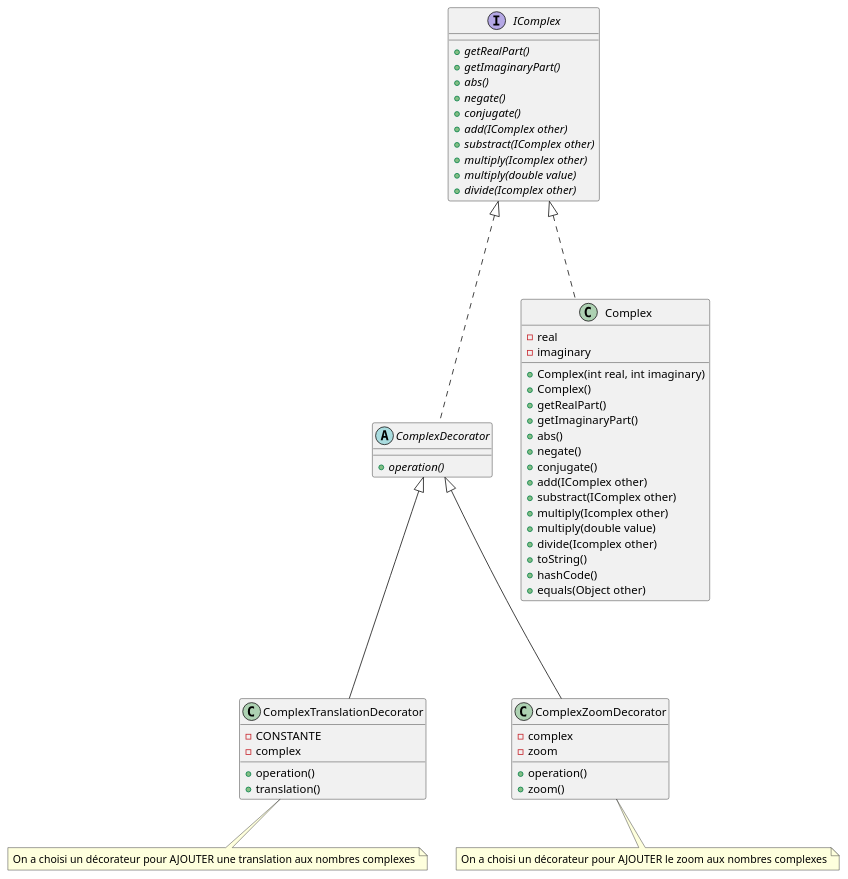
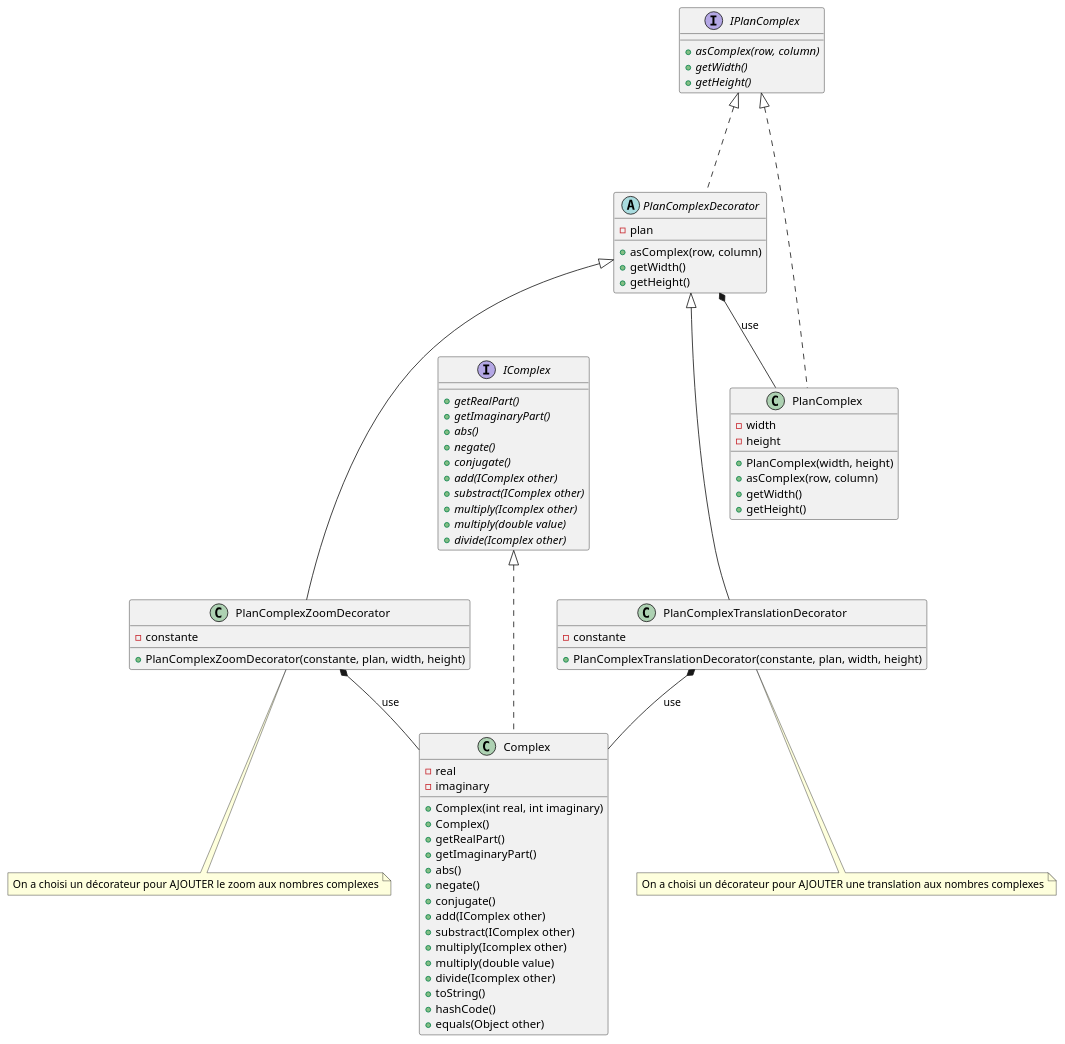
One commit to FACON-Nicolas/fractals-generator changed the diagram in README.md. Above: the diagram before and after it, drawn with PlantUML.

Commit message:
feat/ diagramme UML pour complex (tout fini)

````diff
--- a/README.md
+++ b/README.md
@@ -17,22 +17,36 @@
 +{abstract}divide(Icomplex other)
 }
 
-abstract class ComplexDecorator {
- +{abstract}operation()
+class PlanComplexTranslationDecorator {
+ - constante
+ + PlanComplexTranslationDecorator(constante, plan, width, height)
 }
 
-class ComplexTranslationDecorator {
- + operation()
- + translation()
- - CONSTANTE
- - complex
+class PlanComplexZoomDecorator {
+ - constante
+ + PlanComplexZoomDecorator(constante, plan, width, height)
 }
 
-class ComplexZoomDecorator {
- + operation()
- + zoom()
- - complex
- - zoom
+class PlanComplex {
+ - width
+ - height
+ + PlanComplex(width, height)
+ + asComplex(row, column)
+ + getWidth()
+ + getHeight()
+}
+
+interface IPlanComplex {
+ + {abstract}asComplex(row, column)
+ + {abstract}getWidth()
+ + {abstract}getHeight()
+}
+
+abstract class PlanComplexDecorator {
+ - plan
+ + asComplex(row, column)
+ + getWidth()
+ + getHeight()
 }
 
 class Complex {
@@ -59,13 +73,17 @@
 }
 
 IComplex <|---[dashed]Complex
-IComplex<|---[dashed]ComplexDecorator
-ComplexDecorator<|---ComplexTranslationDecorator
-ComplexDecorator<|---ComplexZoomDecorator
+IPlanComplex<|---[dashed]PlanComplexDecorator
+PlanComplexDecorator<|---PlanComplexTranslationDecorator
+PlanComplexDecorator<|---PlanComplexZoomDecorator
+IPlanComplex<|----[dashed]PlanComplex
+PlanComplexDecorator *-- PlanComplex : use
+PlanComplexZoomDecorator *-- Complex : use
+PlanComplexTranslationDecorator *-- Complex : use
 
 note "On a choisi un décorateur pour AJOUTER une translation aux nombres complexes" as N1
 note "On a choisi un décorateur pour AJOUTER le zoom aux nombres complexes" as N2
-ComplexTranslationDecorator .. N1
-ComplexZoomDecorator .. N2
+PlanComplexTranslationDecorator .. N1
+PlanComplexZoomDecorator .. N2
 @enduml
 ```
````
